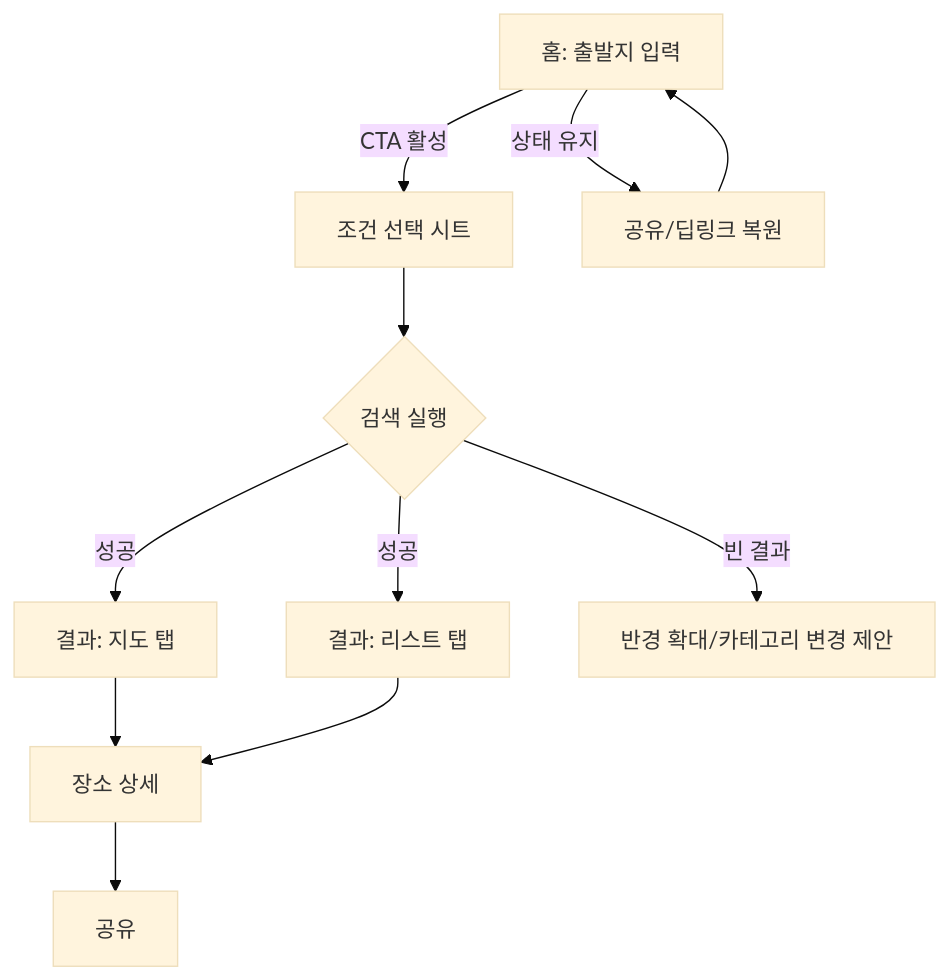
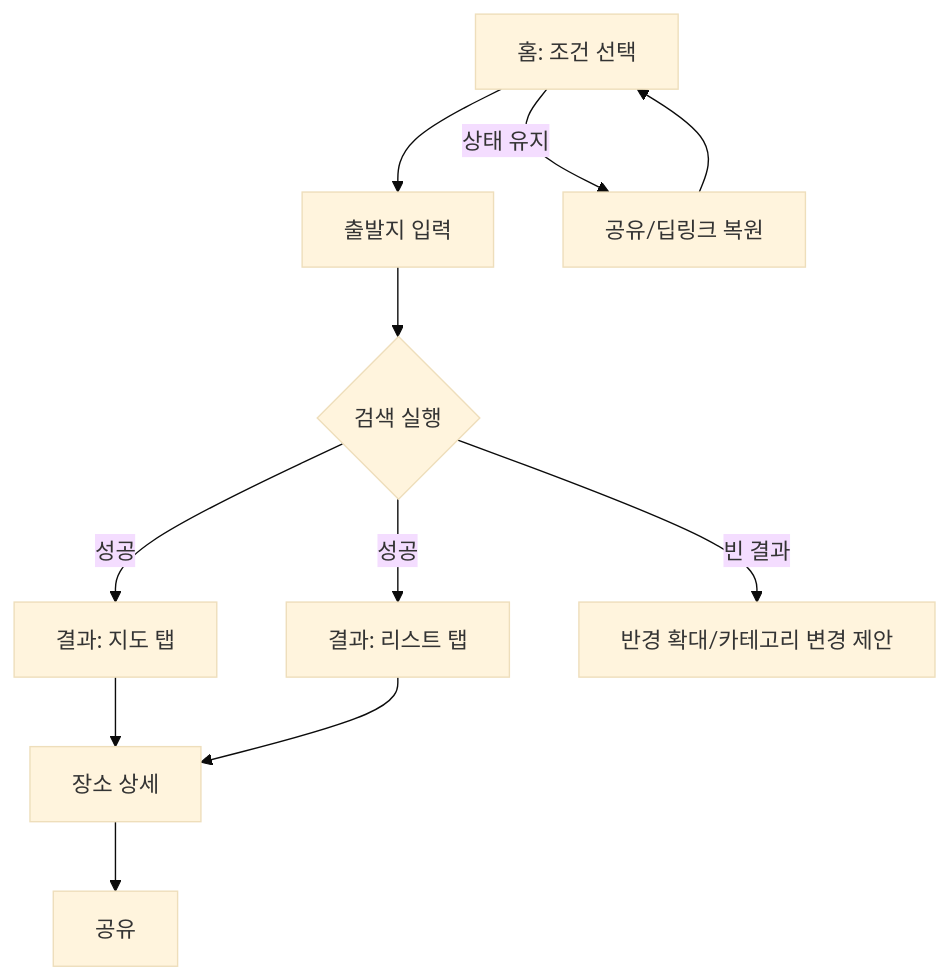
One commit to kaori-killer/2025-moitz changed the diagram in docs/wireframes/flow.md. Above: the diagram before and after it, drawn with Mermaid (base theme). The commit also changed other lines of this file, not shown here.

````diff
--- a/docs/wireframes/flow.md
+++ b/docs/wireframes/flow.md
@@ -3,13 +3,13 @@
 ```mermaid
 flowchart TD
-  A[홈: 출발지 입력] -->|CTA 활성| B[조건 선택 시트]
+  A[홈: 조건 선택] --> B[출발지 입력]
   A -->|상태 유지| D[공유/딥링크 복원]
   B --> C{검색 실행}
   C -->|성공| E[결과: 지도 탭]
   C -->|성공| F[결과: 리스트 탭]
   C -->|빈 결과| G[반경 확대/카테고리 변경 제안]
   E --> H[장소 상세]
   F --> H
   H --> I[공유]
   D --> A
 ```
````
